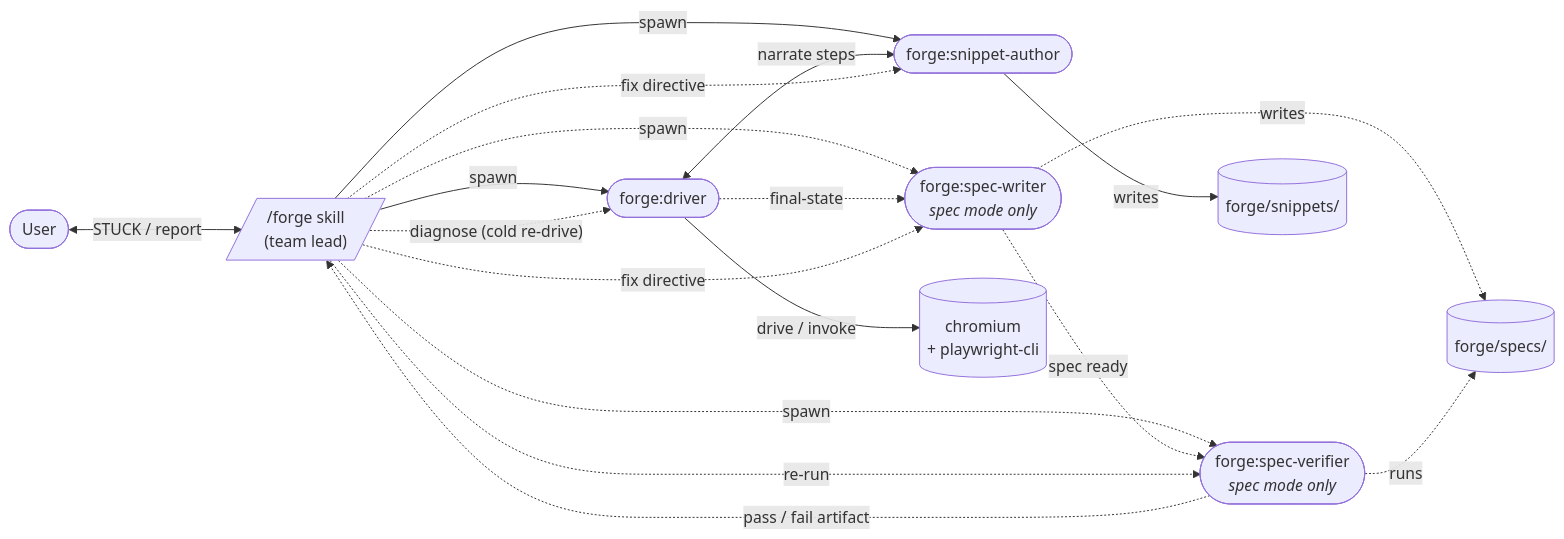
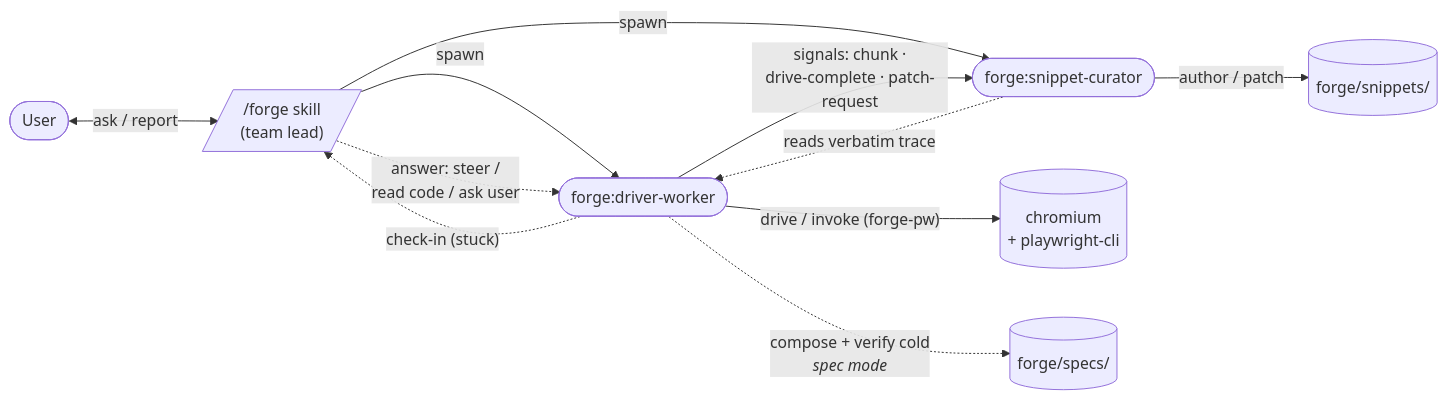
Before and after one commit to vivecuervo7/forge: the diagram in README.md, drawn with Mermaid. The commit also changed other lines of this file and 2 other files, not shown here.

First line of the commit message:
forge: bump to 0.38.0 — README architecture refresh to the validated two-agent design

````diff
--- a/README.md
+++ b/README.md
@@ -140,32 +140,22 @@
 ```mermaid
 flowchart LR
     User([User])
     Lead[/"/forge skill<br/>(team lead)"/]
-    Driver(["forge:driver"])
-    Author(["forge:snippet-author"])
-    Writer(["forge:spec-writer<br/><i>spec mode only</i>"])
-    Verifier(["forge:spec-verifier<br/><i>spec mode only</i>"])
+    Driver(["forge:driver-worker"])
+    Curator(["forge:snippet-curator"])
     Chrome[("chromium<br/>+ playwright-cli")]
     Snippets[("forge/snippets/")]
     Specs[("forge/specs/")]
 
-    User <-->|"STUCK / report"| Lead
+    User <-->|"ask / report"| Lead
     Lead -->|spawn| Driver
-    Lead -->|spawn| Author
-    Lead -.->|spawn| Writer
-    Lead -.->|spawn| Verifier
+    Lead -->|spawn| Curator
+    Driver -.->|"check-in (stuck)"| Lead
+    Lead -.->|"answer: steer /<br/>read code / ask user"| Driver
 
-    Driver <-->|"narrate steps"| Author
-    Driver -.->|"final-state"| Writer
-    Writer -.->|"spec ready"| Verifier
-    Verifier -.->|"pass / fail artifact"| Lead
-    Lead -.->|"diagnose (cold re-drive)"| Driver
-    Lead -.->|"fix directive"| Writer
-    Lead -.->|"fix directive"| Author
-    Lead -.->|"re-run"| Verifier
-
-    Driver -->|"drive / invoke"| Chrome
-    Author -->|writes| Snippets
-    Writer -.->|writes| Specs
-    Verifier -.->|runs| Specs
+    Driver -->|"signals: chunk ·<br/>drive-complete · patch-request"| Curator
+    Curator -.->|"reads verbatim trace"| Driver
+    Driver -->|"drive / invoke (forge-pw)"| Chrome
+    Curator -->|"author / patch"| Snippets
+    Driver -.->|"compose + verify cold<br/><i>spec mode</i>"| Specs
 ```
````
